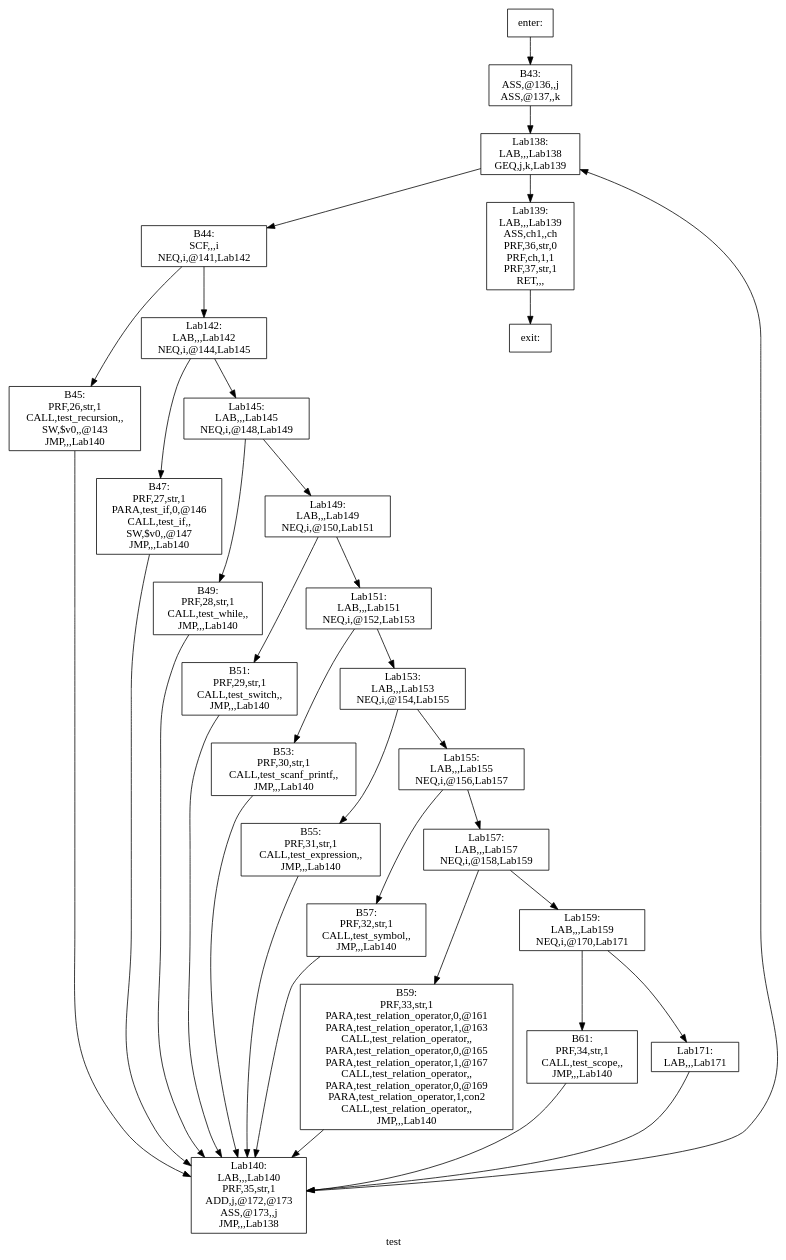
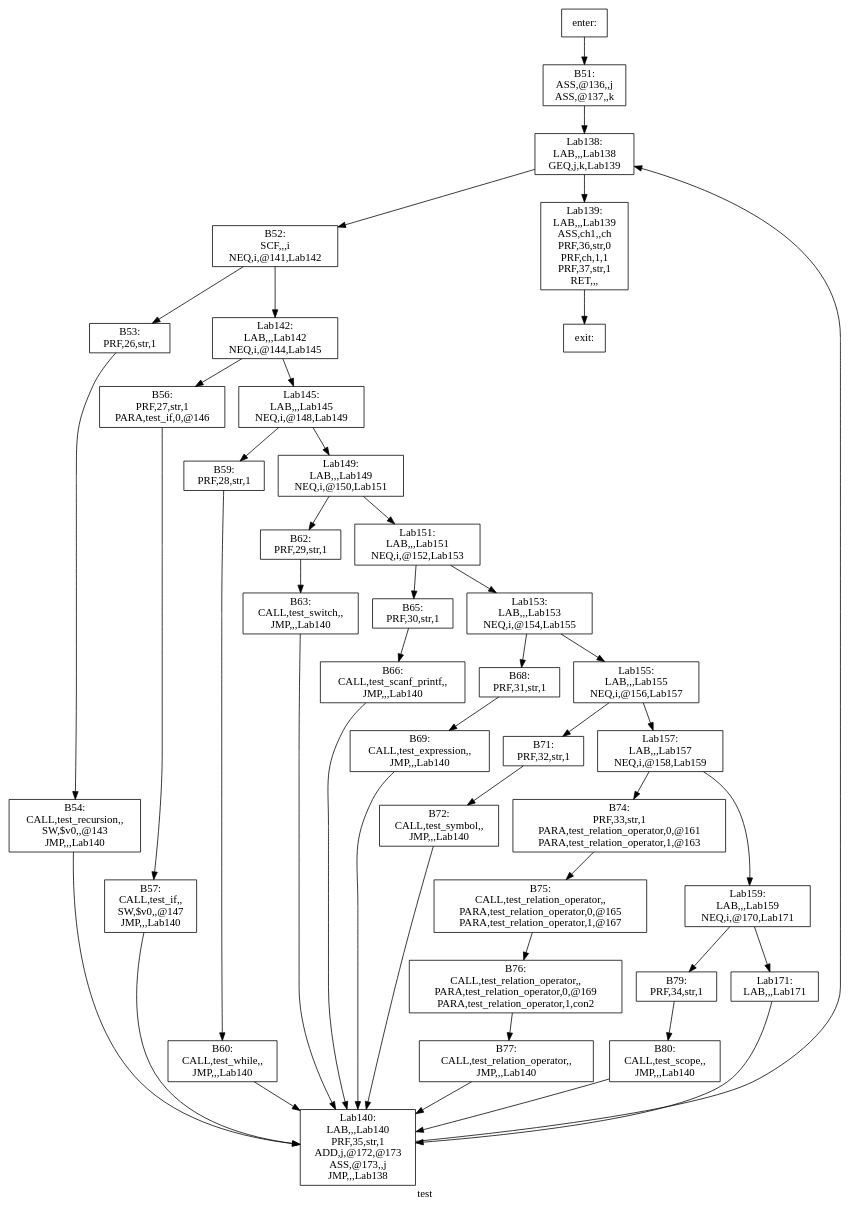
Before and after one commit to yifan123/Compiler: the diagram in Compiler/basic_block/dot/test.dot, drawn with Graphviz. The commit also changed 157 other files, not shown here.

Commit message:
整个编译器已经完工，优化已做了： 1. 常量折叠 2. 划分基本块并使用graphviz绘制控制流图 3. 在parser时直接将所有常量的值计算出来 4. 到达定义分析，计算d-u链和活跃变量分析 5. 构建冲突图，图着色（这个可能还有bug） 6. 错误处理，错误skip，错误打印 接下来准备做： 1. 全局寄存器分配

```diff
--- a/Compiler/basic_block/dot/test.dot
+++ b/Compiler/basic_block/dot/test.dot
@@ -1,62 +1,84 @@
 digraph test{
 label =test
-B43[label="B43:\nASS,@136,,j\nASS,@137,,k\n" shape=box]
-B44[label="B44:\nSCF,,,i\nNEQ,i,@141,Lab142\n" shape=box]
-B45[label="B45:\nPRF,26,str,1\nCALL,test_recursion,,\nSW,$v0,,@143\nJMP,,,Lab140\n" shape=box]
-B47[label="B47:\nPRF,27,str,1\nPARA,test_if,0,@146\nCALL,test_if,,\nSW,$v0,,@147\nJMP,,,Lab140\n" shape=box]
-B49[label="B49:\nPRF,28,str,1\nCALL,test_while,,\nJMP,,,Lab140\n" shape=box]
-B51[label="B51:\nPRF,29,str,1\nCALL,test_switch,,\nJMP,,,Lab140\n" shape=box]
-B53[label="B53:\nPRF,30,str,1\nCALL,test_scanf_printf,,\nJMP,,,Lab140\n" shape=box]
-B55[label="B55:\nPRF,31,str,1\nCALL,test_expression,,\nJMP,,,Lab140\n" shape=box]
-B57[label="B57:\nPRF,32,str,1\nCALL,test_symbol,,\nJMP,,,Lab140\n" shape=box]
-B59[label="B59:\nPRF,33,str,1\nPARA,test_relation_operator,0,@161\nPARA,test_relation_operator,1,@163\nCALL,test_relation_operator,,\nPARA,test_relation_operator,0,@165\nPARA,test_relation_operator,1,@167\nCALL,test_relation_operator,,\nPARA,test_relation_operator,0,@169\nPARA,test_relation_operator,1,con2\nCALL,test_relation_operator,,\nJMP,,,Lab140\n" shape=box]
-B61[label="B61:\nPRF,34,str,1\nCALL,test_scope,,\nJMP,,,Lab140\n" shape=box]
+B51[label="B51:\nASS,@136,,j\nASS,@137,,k\n" shape=box]
+B52[label="B52:\nSCF,,,i\nNEQ,i,@141,Lab142\n" shape=box]
+B53[label="B53:\nPRF,26,str,1\n" shape=box]
+B54[label="B54:\nCALL,test_recursion,,\nSW,$v0,,@143\nJMP,,,Lab140\n" shape=box]
+B56[label="B56:\nPRF,27,str,1\nPARA,test_if,0,@146\n" shape=box]
+B57[label="B57:\nCALL,test_if,,\nSW,$v0,,@147\nJMP,,,Lab140\n" shape=box]
+B59[label="B59:\nPRF,28,str,1\n" shape=box]
+B60[label="B60:\nCALL,test_while,,\nJMP,,,Lab140\n" shape=box]
+B62[label="B62:\nPRF,29,str,1\n" shape=box]
+B63[label="B63:\nCALL,test_switch,,\nJMP,,,Lab140\n" shape=box]
+B65[label="B65:\nPRF,30,str,1\n" shape=box]
+B66[label="B66:\nCALL,test_scanf_printf,,\nJMP,,,Lab140\n" shape=box]
+B68[label="B68:\nPRF,31,str,1\n" shape=box]
+B69[label="B69:\nCALL,test_expression,,\nJMP,,,Lab140\n" shape=box]
+B71[label="B71:\nPRF,32,str,1\n" shape=box]
+B72[label="B72:\nCALL,test_symbol,,\nJMP,,,Lab140\n" shape=box]
+B74[label="B74:\nPRF,33,str,1\nPARA,test_relation_operator,0,@161\nPARA,test_relation_operator,1,@163\n" shape=box]
+B75[label="B75:\nCALL,test_relation_operator,,\nPARA,test_relation_operator,0,@165\nPARA,test_relation_operator,1,@167\n" shape=box]
+B76[label="B76:\nCALL,test_relation_operator,,\nPARA,test_relation_operator,0,@169\nPARA,test_relation_operator,1,con2\n" shape=box]
+B77[label="B77:\nCALL,test_relation_operator,,\nJMP,,,Lab140\n" shape=box]
+B79[label="B79:\nPRF,34,str,1\n" shape=box]
+B80[label="B80:\nCALL,test_scope,,\nJMP,,,Lab140\n" shape=box]
 Lab138[label="Lab138:\nLAB,,,Lab138\nGEQ,j,k,Lab139\n" shape=box]
 Lab139[label="Lab139:\nLAB,,,Lab139\nASS,ch1,,ch\nPRF,36,str,0\nPRF,ch,1,1\nPRF,37,str,1\nRET,,,\n" shape=box]
 Lab140[label="Lab140:\nLAB,,,Lab140\nPRF,35,str,1\nADD,j,@172,@173\nASS,@173,,j\nJMP,,,Lab138\n" shape=box]
 Lab142[label="Lab142:\nLAB,,,Lab142\nNEQ,i,@144,Lab145\n" shape=box]
 Lab145[label="Lab145:\nLAB,,,Lab145\nNEQ,i,@148,Lab149\n" shape=box]
 Lab149[label="Lab149:\nLAB,,,Lab149\nNEQ,i,@150,Lab151\n" shape=box]
 Lab151[label="Lab151:\nLAB,,,Lab151\nNEQ,i,@152,Lab153\n" shape=box]
 Lab153[label="Lab153:\nLAB,,,Lab153\nNEQ,i,@154,Lab155\n" shape=box]
 Lab155[label="Lab155:\nLAB,,,Lab155\nNEQ,i,@156,Lab157\n" shape=box]
 Lab157[label="Lab157:\nLAB,,,Lab157\nNEQ,i,@158,Lab159\n" shape=box]
 Lab159[label="Lab159:\nLAB,,,Lab159\nNEQ,i,@170,Lab171\n" shape=box]
 Lab171[label="Lab171:\nLAB,,,Lab171\n" shape=box]
 enter[label="enter:\n" shape=box]
 exit[label="exit:\n" shape=box]
-B43->Lab138
-B44->B45
-B44->Lab142
-B45->Lab140
-B47->Lab140
-B49->Lab140
-B51->Lab140
-B53->Lab140
-B55->Lab140
+B51->Lab138
+B52->B53
+B52->Lab142
+B53->B54
+B54->Lab140
+B56->B57
 B57->Lab140
-B59->Lab140
-B61->Lab140
-Lab138->B44
+B59->B60
+B60->Lab140
+B62->B63
+B63->Lab140
+B65->B66
+B66->Lab140
+B68->B69
+B69->Lab140
+B71->B72
+B72->Lab140
+B74->B75
+B75->B76
+B76->B77
+B77->Lab140
+B79->B80
+B80->Lab140
+Lab138->B52
 Lab138->Lab139
 Lab139->exit
 Lab140->Lab138
-Lab142->B47
+Lab142->B56
 Lab142->Lab145
-Lab145->B49
+Lab145->B59
 Lab145->Lab149
-Lab149->B51
+Lab149->B62
 Lab149->Lab151
-Lab151->B53
+Lab151->B65
 Lab151->Lab153
-Lab153->B55
+Lab153->B68
 Lab153->Lab155
-Lab155->B57
+Lab155->B71
 Lab155->Lab157
-Lab157->B59
+Lab157->B74
 Lab157->Lab159
-Lab159->B61
+Lab159->B79
 Lab159->Lab171
 Lab171->Lab140
-enter->B43
+enter->B51
 }
```
